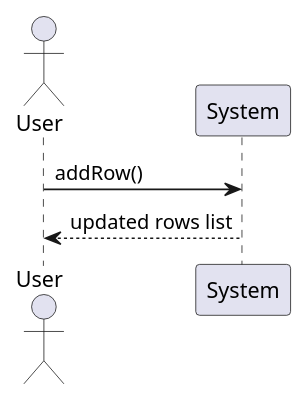
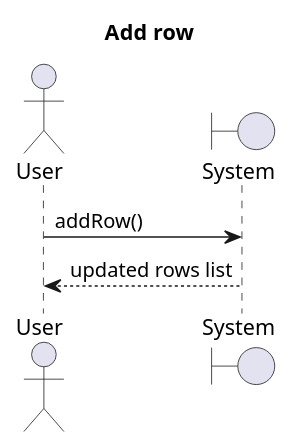
One commit to Bhamoss/softwareOntwerpProject changed the diagram in diagrams/systemSequenceDiagram/addRow.puml. Above: the diagram before and after it, drawn with PlantUML. The commit also changed 12 other files, not shown here.

```diff
--- a/diagrams/systemSequenceDiagram/addRow.puml
+++ b/diagrams/systemSequenceDiagram/addRow.puml
@@ -1,7 +1,9 @@
 @startuml
+title Add row
 Actor User
+Boundary System
 User -> System: addRow()
 System --> User: updated rows list
 
 
 @enduml
```
